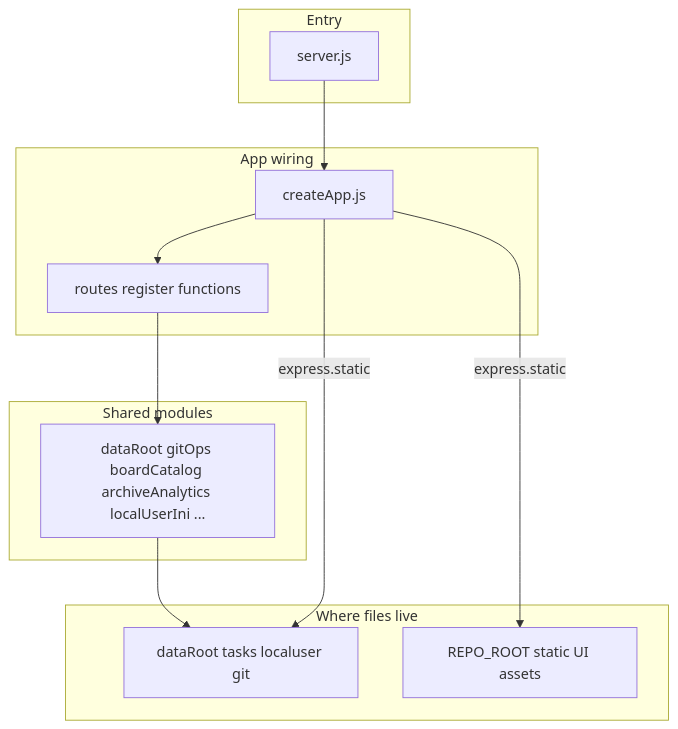
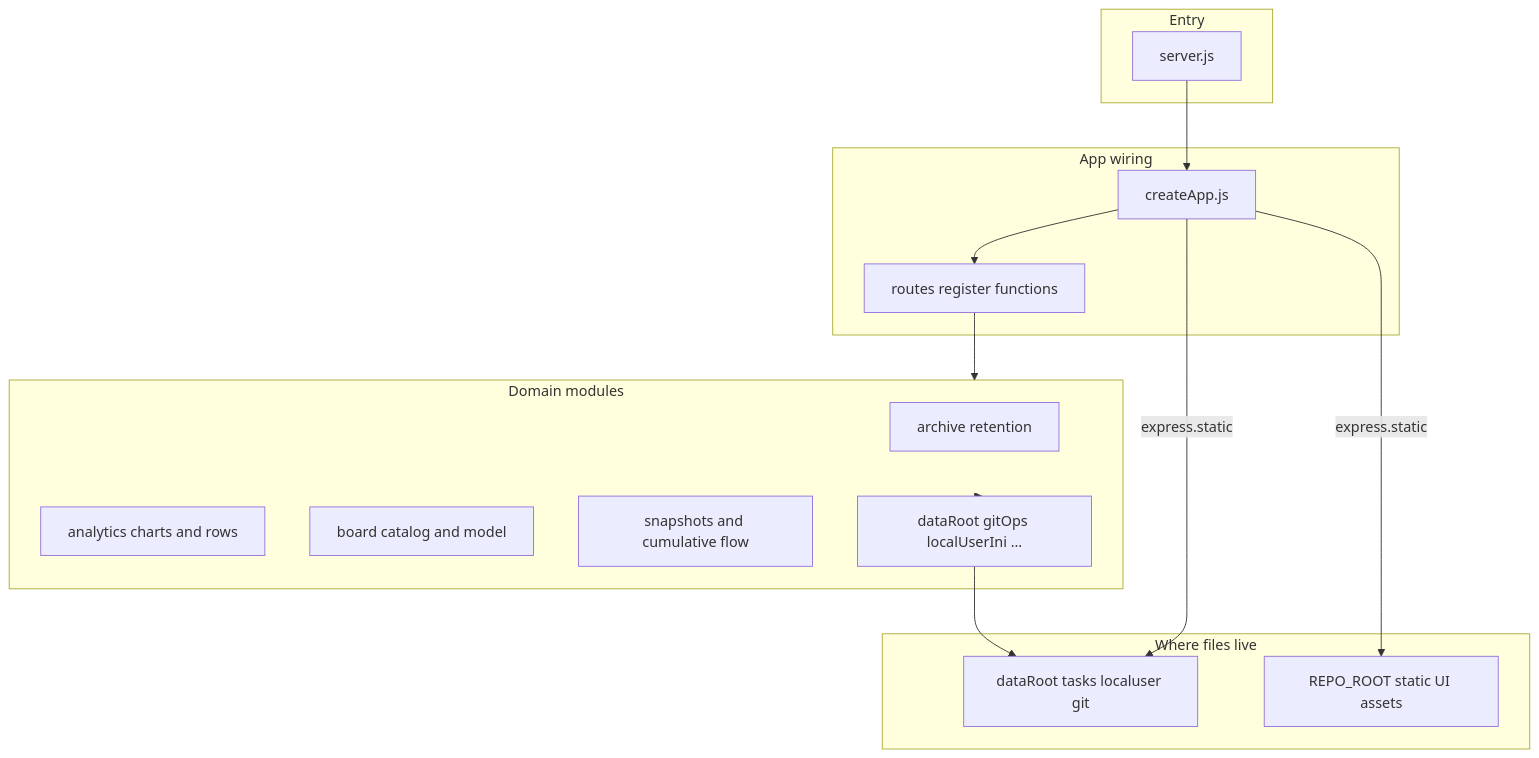
Before and after one commit to Steve-Fenton/millrace: the first of 4 diagrams in README.md, drawn with Mermaid. The commit also changed other lines of this file and 23 other files, not shown here.

````diff
--- a/README.md
+++ b/README.md
@@ -60,23 +64,28 @@
 ```mermaid
 flowchart TB
   subgraph entry [Entry]
     rootServer[server.js]
   end
   subgraph assembly [App wiring]
     createApp[createApp.js]
     routeLayer[routes register functions]
   end
-  subgraph libs [Shared modules]
-    helpers[dataRoot gitOps boardCatalog archiveAnalytics localUserIni ...]
+  subgraph domain [Domain modules]
+    archive[archive retention]
+    analytics[analytics charts and rows]
+    board[board catalog and model]
+    snapshots[snapshots and cumulative flow]
+    shared[dataRoot gitOps localUserIni ...]
   end
   subgraph paths [Where files live]
     userData[dataRoot tasks localuser git]
     packagedUi[REPO_ROOT static UI assets]
   end
   rootServer --> createApp
   createApp --> routeLayer
-  routeLayer --> helpers
-  helpers --> userData
+  routeLayer --> domain
+  domain --> shared
+  shared --> userData
   createApp -->|"express.static"| userData
   createApp -->|"express.static"| packagedUi
 ```
````
